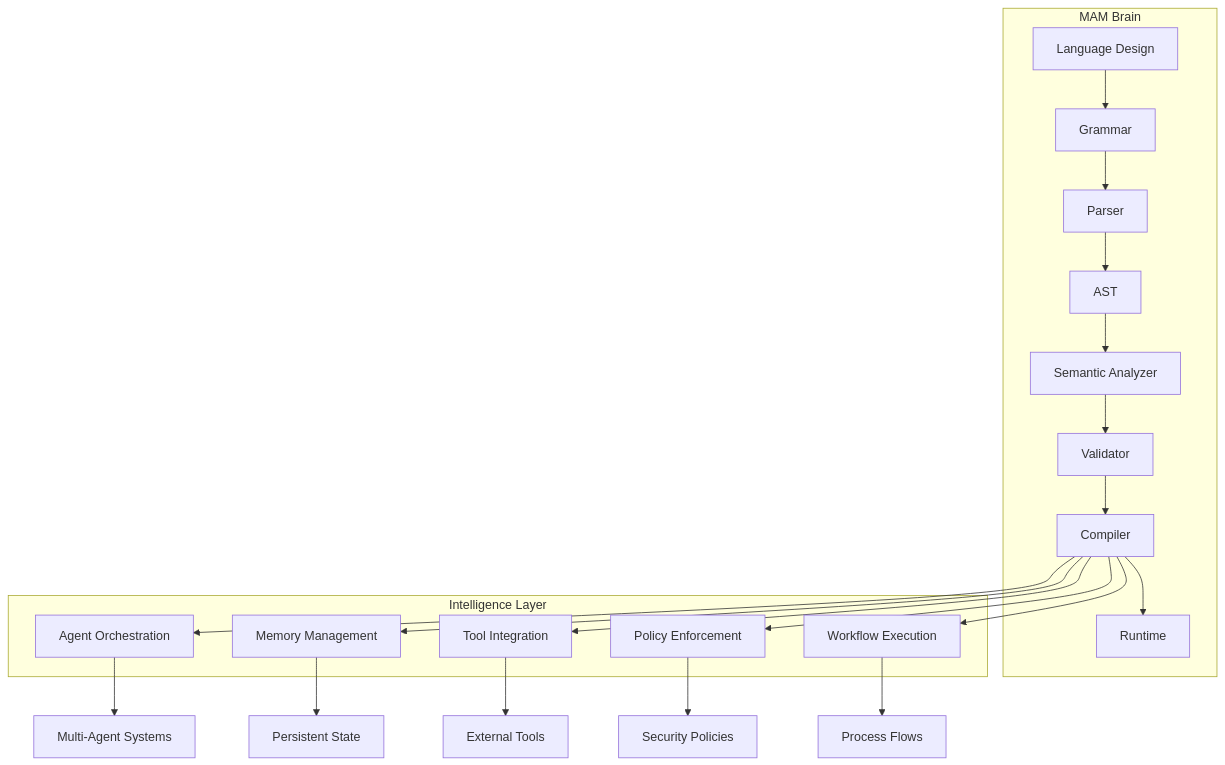
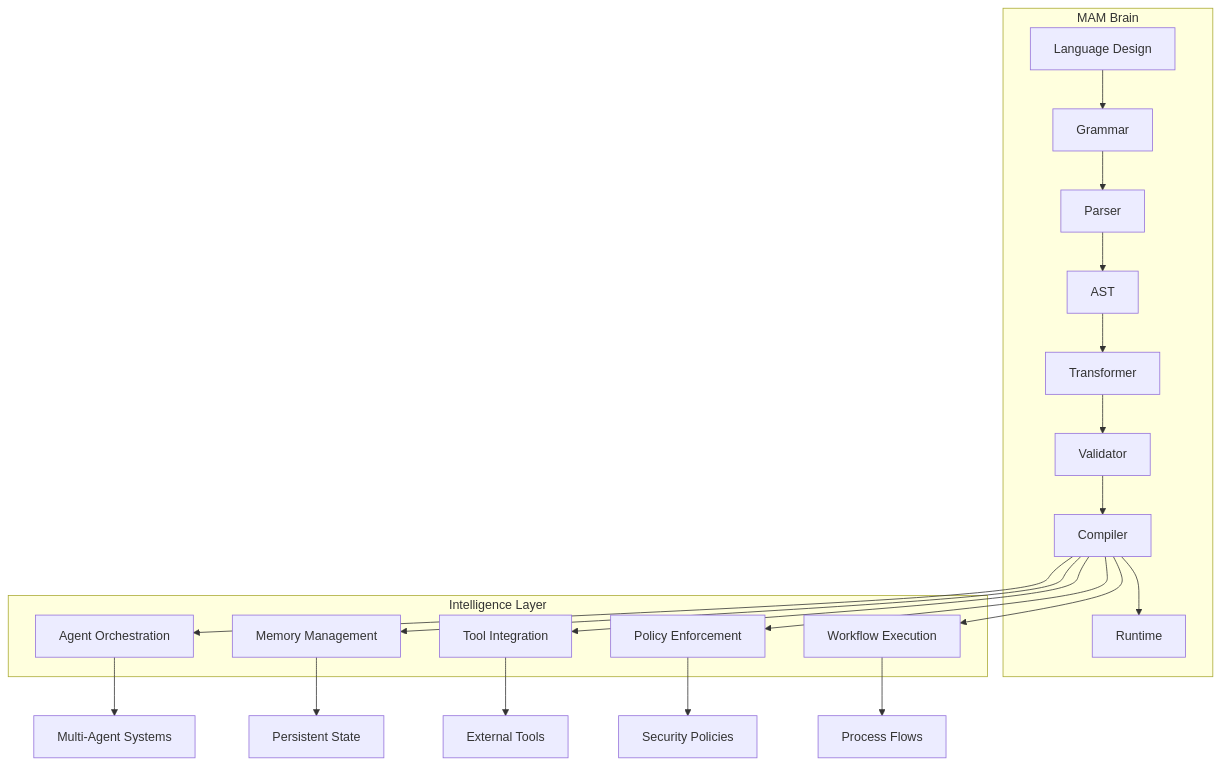
One commit to tcp-ecosystem/MAM changed the first of 7 diagrams in brain.md. Above: the diagram before and after it, drawn with Mermaid. The commit also changed other lines of this file and 232 other files, not shown here.

````diff
--- a/brain.md
+++ b/brain.md
@@ -21,32 +21,32 @@
 ```mermaid
 graph TB
     subgraph "MAM Brain"
         A[Language Design] --> B[Grammar]
         B --> C[Parser]
         C --> D[AST]
-        D --> E[Semantic Analyzer]
+        D --> E[Transformer]
         E --> F[Validator]
         F --> G[Compiler]
         G --> H[Runtime]
     end
     
     subgraph "Intelligence Layer"
         I[Agent Orchestration]
         J[Memory Management]
         K[Tool Integration]
         L[Policy Enforcement]
         M[Workflow Execution]
     end
     
     G --> I
     G --> J
     G --> K
     G --> L
     G --> M
     
     I --> N[Multi-Agent Systems]
     J --> O[Persistent State]
     K --> P[External Tools]
     L --> Q[Security Policies]
     M --> R[Process Flows]
 ```
````
